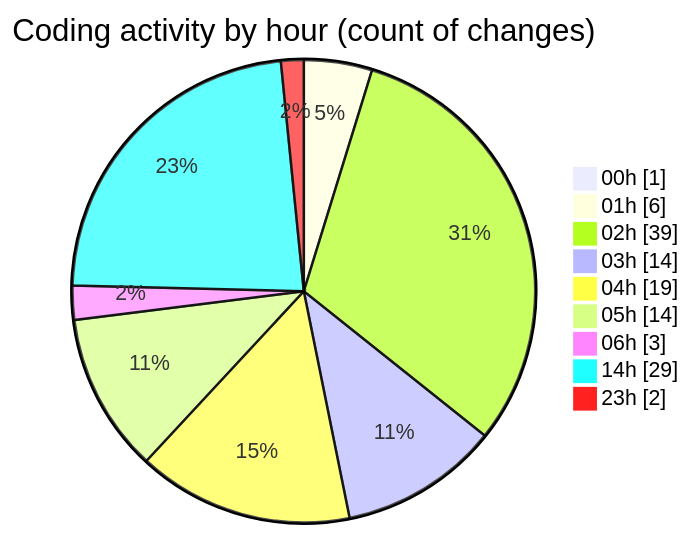
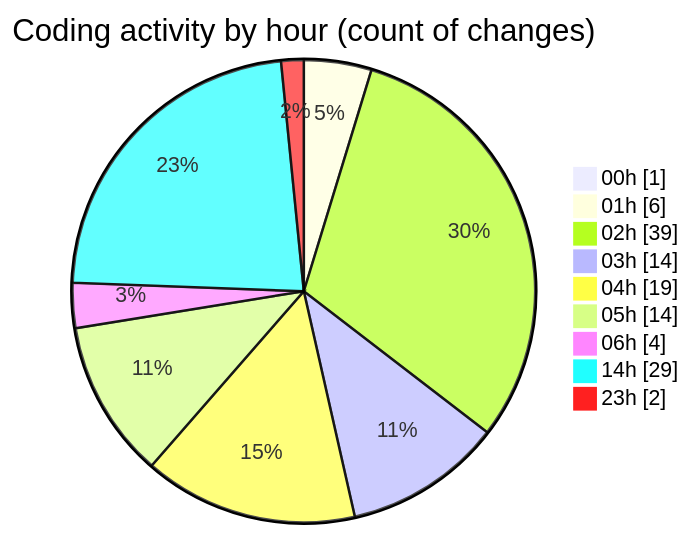
Before and after one commit to charlie-sans/code-tracking: the second of 2 diagrams in 2025-02-19/masm/README.md, drawn with Mermaid. The commit also changed other lines of this file and 1 other file, not shown here.

````diff
--- a/2025-02-19/masm/README.md
+++ b/2025-02-19/masm/README.md
@@ -53,13 +53,13 @@
 ```mermaid
 pie showData
 title Coding activity by hour (count of changes)
 "00h" : 1
 "01h" : 6
 "02h" : 39
 "03h" : 14
 "04h" : 19
 "05h" : 14
-"06h" : 3
+"06h" : 4
 "14h" : 29
 "23h" : 2
 ```
````
